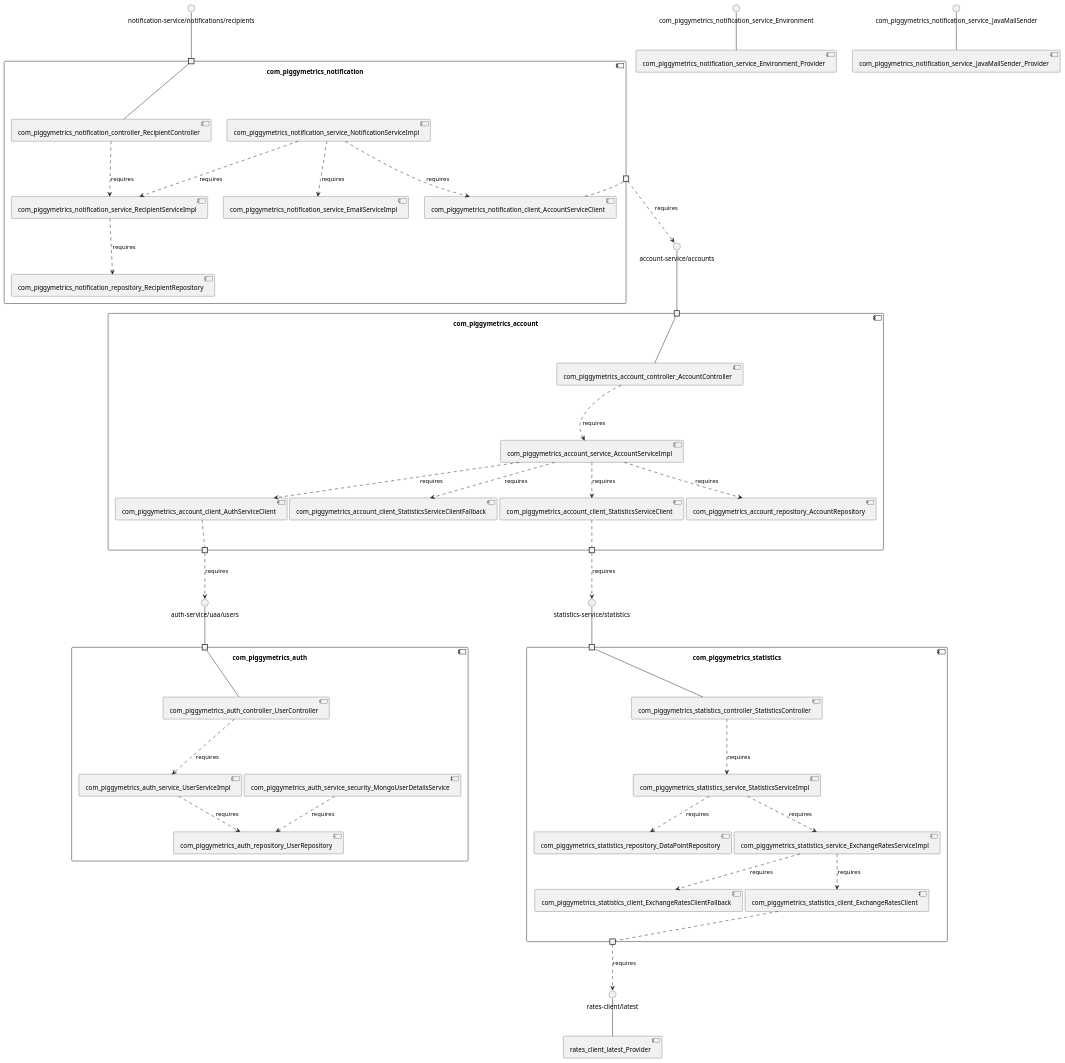
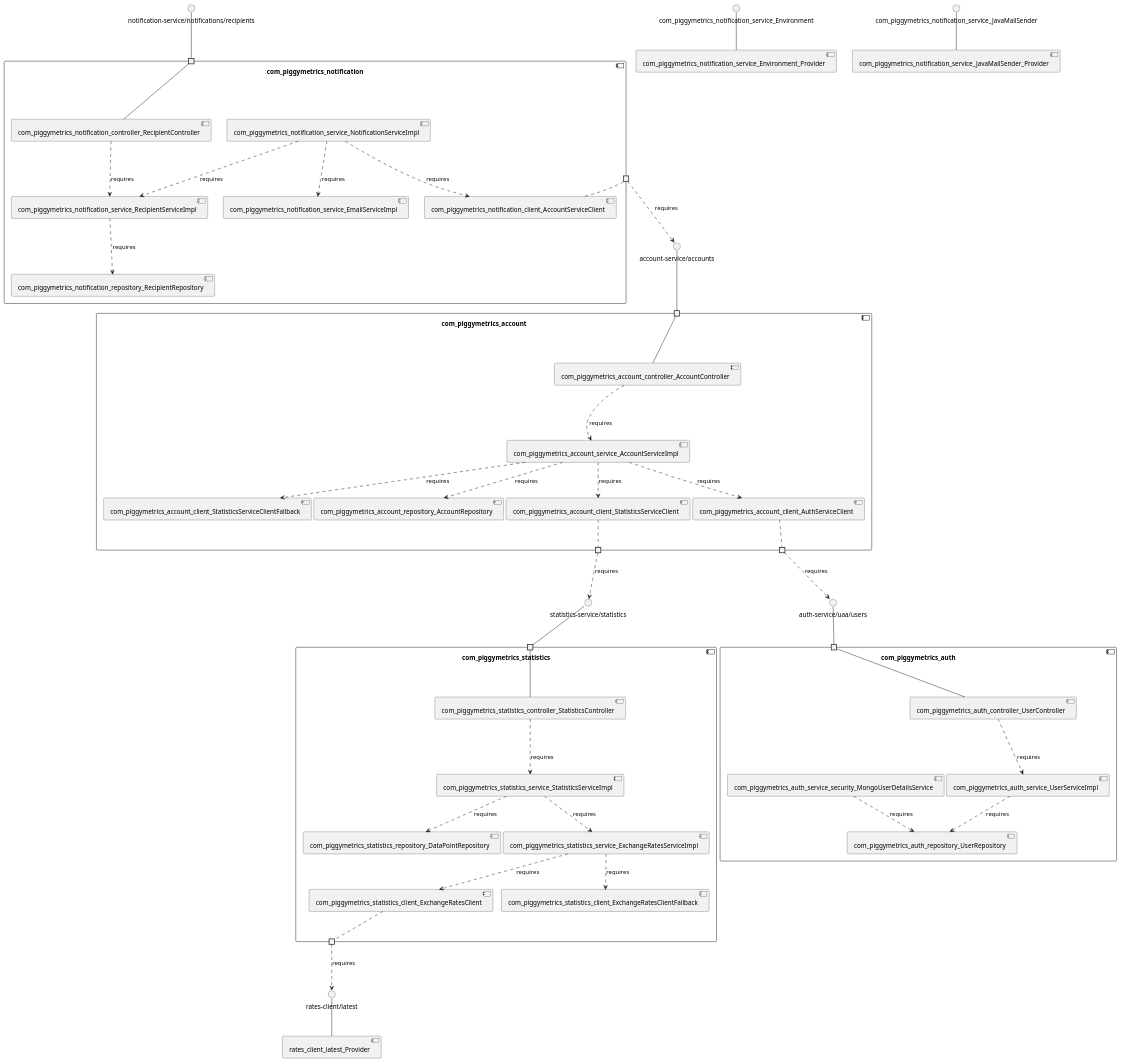
Before and after one commit to View-Based-Reverse-Engineering/Retriever-Benchmark: the diagram in sqshq-piggymetrics/model_re/uml/componentDiagram.puml, drawn with PlantUML. The commit also changed other lines of this file and 224 other files, not shown here.

```diff
--- a/sqshq-piggymetrics/model_re/uml/componentDiagram.puml
+++ b/sqshq-piggymetrics/model_re/uml/componentDiagram.puml
@@ -1,91 +1,91 @@
 @startuml
 skinparam fixCircleLabelOverlapping true
 skinparam componentStyle uml2
 component "com_piggymetrics_account\n\n\n\n\n\n" {
+[com_piggymetrics_account_client_StatisticsServiceClient]
+[com_piggymetrics_account_client_AuthServiceClient]
+[com_piggymetrics_account_service_AccountServiceImpl]
+[com_piggymetrics_account_client_StatisticsServiceClientFallback]
+[com_piggymetrics_account_repository_AccountRepository]
 [com_piggymetrics_account_controller_AccountController]
-[com_piggymetrics_account_repository_AccountRepository]
-[com_piggymetrics_account_client_StatisticsServiceClient]
-[com_piggymetrics_account_client_StatisticsServiceClientFallback]
-[com_piggymetrics_account_service_AccountServiceImpl]
-[com_piggymetrics_account_client_AuthServiceClient]
 portin " " as com_piggymetrics_account_requires_account_service_accounts
+portout " " as com_piggymetrics_account_provides_statistics_service_statistics
 portout " " as com_piggymetrics_account_provides_auth_service_uaa_users
-portout " " as com_piggymetrics_account_provides_statistics_service_statistics
+[com_piggymetrics_account_service_AccountServiceImpl]..>[com_piggymetrics_account_repository_AccountRepository] : requires
+[com_piggymetrics_account_service_AccountServiceImpl]..>[com_piggymetrics_account_client_AuthServiceClient] : requires
+[com_piggymetrics_account_service_AccountServiceImpl]..>[com_piggymetrics_account_client_StatisticsServiceClientFallback] : requires
 [com_piggymetrics_account_controller_AccountController]..>[com_piggymetrics_account_service_AccountServiceImpl] : requires
 [com_piggymetrics_account_service_AccountServiceImpl]..>[com_piggymetrics_account_client_StatisticsServiceClient] : requires
-[com_piggymetrics_account_service_AccountServiceImpl]..>[com_piggymetrics_account_client_StatisticsServiceClientFallback] : requires
-[com_piggymetrics_account_service_AccountServiceImpl]..>[com_piggymetrics_account_client_AuthServiceClient] : requires
-[com_piggymetrics_account_service_AccountServiceImpl]..>[com_piggymetrics_account_repository_AccountRepository] : requires
 "com_piggymetrics_account_requires_account_service_accounts"--[com_piggymetrics_account_controller_AccountController]
 [com_piggymetrics_account_client_StatisticsServiceClient].."com_piggymetrics_account_provides_statistics_service_statistics"
 [com_piggymetrics_account_client_AuthServiceClient].."com_piggymetrics_account_provides_auth_service_uaa_users"
 }
 interface "account-service/accounts" as interface.account_service_accounts
 interface.account_service_accounts--"com_piggymetrics_account_requires_account_service_accounts"
 interface "auth-service/uaa/users" as interface.auth_service_uaa_users
 "com_piggymetrics_account_provides_auth_service_uaa_users"..>interface.auth_service_uaa_users : requires
 interface "statistics-service/statistics" as interface.statistics_service_statistics
 "com_piggymetrics_account_provides_statistics_service_statistics"..>interface.statistics_service_statistics : requires
 component "com_piggymetrics_auth\n\n\n\n\n\n" {
-[com_piggymetrics_auth_service_UserServiceImpl]
 [com_piggymetrics_auth_repository_UserRepository]
 [com_piggymetrics_auth_controller_UserController]
+[com_piggymetrics_auth_service_UserServiceImpl]
 [com_piggymetrics_auth_service_security_MongoUserDetailsService]
 portin " " as com_piggymetrics_auth_requires_auth_service_uaa_users
-[com_piggymetrics_auth_service_UserServiceImpl]..>[com_piggymetrics_auth_repository_UserRepository] : requires
 [com_piggymetrics_auth_service_security_MongoUserDetailsService]..>[com_piggymetrics_auth_repository_UserRepository] : requires
 [com_piggymetrics_auth_controller_UserController]..>[com_piggymetrics_auth_service_UserServiceImpl] : requires
+[com_piggymetrics_auth_service_UserServiceImpl]..>[com_piggymetrics_auth_repository_UserRepository] : requires
 "com_piggymetrics_auth_requires_auth_service_uaa_users"--[com_piggymetrics_auth_controller_UserController]
 }
 interface "auth-service/uaa/users" as interface.auth_service_uaa_users
 interface.auth_service_uaa_users--"com_piggymetrics_auth_requires_auth_service_uaa_users"
 component "com_piggymetrics_notification\n\n\n\n\n\n" {
-[com_piggymetrics_notification_repository_RecipientRepository]
+[com_piggymetrics_notification_controller_RecipientController]
 [com_piggymetrics_notification_service_RecipientServiceImpl]
-[com_piggymetrics_notification_controller_RecipientController]
-[com_piggymetrics_notification_service_NotificationServiceImpl]
 [com_piggymetrics_notification_client_AccountServiceClient]
 [com_piggymetrics_notification_service_EmailServiceImpl]
+[com_piggymetrics_notification_repository_RecipientRepository]
+[com_piggymetrics_notification_service_NotificationServiceImpl]
 portin " " as com_piggymetrics_notification_requires_notification_service_notifications_recipients
 portout " " as com_piggymetrics_notification_provides_account_service_accounts
+[com_piggymetrics_notification_service_NotificationServiceImpl]..>[com_piggymetrics_notification_service_RecipientServiceImpl] : requires
+[com_piggymetrics_notification_service_RecipientServiceImpl]..>[com_piggymetrics_notification_repository_RecipientRepository] : requires
+[com_piggymetrics_notification_service_NotificationServiceImpl]..>[com_piggymetrics_notification_client_AccountServiceClient] : requires
 [com_piggymetrics_notification_service_NotificationServiceImpl]..>[com_piggymetrics_notification_service_EmailServiceImpl] : requires
-[com_piggymetrics_notification_service_NotificationServiceImpl]..>[com_piggymetrics_notification_client_AccountServiceClient] : requires
 [com_piggymetrics_notification_controller_RecipientController]..>[com_piggymetrics_notification_service_RecipientServiceImpl] : requires
-[com_piggymetrics_notification_service_RecipientServiceImpl]..>[com_piggymetrics_notification_repository_RecipientRepository] : requires
-[com_piggymetrics_notification_service_NotificationServiceImpl]..>[com_piggymetrics_notification_service_RecipientServiceImpl] : requires
 "com_piggymetrics_notification_requires_notification_service_notifications_recipients"--[com_piggymetrics_notification_controller_RecipientController]
 [com_piggymetrics_notification_client_AccountServiceClient].."com_piggymetrics_notification_provides_account_service_accounts"
 }
 interface "notification-service/notifications/recipients" as interface.notification_service_notifications_recipients
 interface.notification_service_notifications_recipients--"com_piggymetrics_notification_requires_notification_service_notifications_recipients"
 interface "account-service/accounts" as interface.account_service_accounts
 "com_piggymetrics_notification_provides_account_service_accounts"..>interface.account_service_accounts : requires
 component "com_piggymetrics_statistics\n\n\n\n\n\n" {
 [com_piggymetrics_statistics_client_ExchangeRatesClient]
+[com_piggymetrics_statistics_client_ExchangeRatesClientFallback]
+[com_piggymetrics_statistics_service_StatisticsServiceImpl]
+[com_piggymetrics_statistics_repository_DataPointRepository]
 [com_piggymetrics_statistics_service_ExchangeRatesServiceImpl]
 [com_piggymetrics_statistics_controller_StatisticsController]
-[com_piggymetrics_statistics_service_StatisticsServiceImpl]
-[com_piggymetrics_statistics_client_ExchangeRatesClientFallback]
-[com_piggymetrics_statistics_repository_DataPointRepository]
 portin " " as com_piggymetrics_statistics_requires_statistics_service_statistics
 portout " " as com_piggymetrics_statistics_provides_rates_client_latest
-[com_piggymetrics_statistics_service_ExchangeRatesServiceImpl]..>[com_piggymetrics_statistics_client_ExchangeRatesClientFallback] : requires
 [com_piggymetrics_statistics_service_ExchangeRatesServiceImpl]..>[com_piggymetrics_statistics_client_ExchangeRatesClient] : requires
 [com_piggymetrics_statistics_service_StatisticsServiceImpl]..>[com_piggymetrics_statistics_repository_DataPointRepository] : requires
+[com_piggymetrics_statistics_controller_StatisticsController]..>[com_piggymetrics_statistics_service_StatisticsServiceImpl] : requires
+[com_piggymetrics_statistics_service_ExchangeRatesServiceImpl]..>[com_piggymetrics_statistics_client_ExchangeRatesClientFallback] : requires
 [com_piggymetrics_statistics_service_StatisticsServiceImpl]..>[com_piggymetrics_statistics_service_ExchangeRatesServiceImpl] : requires
-[com_piggymetrics_statistics_controller_StatisticsController]..>[com_piggymetrics_statistics_service_StatisticsServiceImpl] : requires
 "com_piggymetrics_statistics_requires_statistics_service_statistics"--[com_piggymetrics_statistics_controller_StatisticsController]
 [com_piggymetrics_statistics_client_ExchangeRatesClient].."com_piggymetrics_statistics_provides_rates_client_latest"
 }
 interface "statistics-service/statistics" as interface.statistics_service_statistics
 interface.statistics_service_statistics--"com_piggymetrics_statistics_requires_statistics_service_statistics"
 interface "rates-client/latest" as interface.rates_client_latest
 "com_piggymetrics_statistics_provides_rates_client_latest"..>interface.rates_client_latest : requires
 interface "com_piggymetrics_notification_service_Environment" as interface.com_piggymetrics_notification_service_Environment
 interface.com_piggymetrics_notification_service_Environment--[com_piggymetrics_notification_service_Environment_Provider]
 interface "com_piggymetrics_notification_service_JavaMailSender" as interface.com_piggymetrics_notification_service_JavaMailSender
 interface.com_piggymetrics_notification_service_JavaMailSender--[com_piggymetrics_notification_service_JavaMailSender_Provider]
 interface "rates-client/latest" as interface.rates_client_latest
 interface.rates_client_latest--[rates_client_latest_Provider]
 
 @enduml
```
